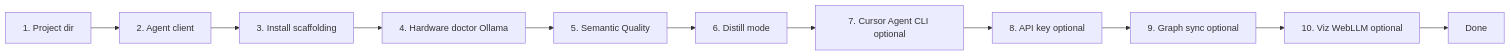
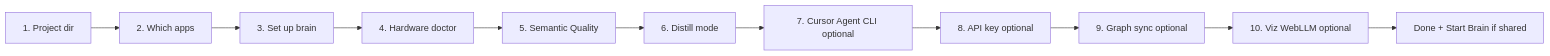
The first of 2 diagrams in docs/TUI_APP_PLAN.md (noyal1234/MemNetwork), drawn with Mermaid before and after one commit. The commit also changed other lines of this file and 62 other files, not shown here.

Commit message:
feat: shared agent brain, passive capture, hook updation, Lifecycle enhancement

````diff
--- a/docs/TUI_APP_PLAN.md
+++ b/docs/TUI_APP_PLAN.md
@@ -433,13 +433,13 @@
 ```mermaid
 flowchart LR
-    A["1. Project dir"] --> B["2. Agent client"]
-    B --> C["3. Install scaffolding"]
-    C --> D["4. Hardware doctor Ollama"]
+    A["1. Project dir"] --> B["2. Which apps"]
+    B --> C["3. Set up brain"]
+    C --> D["4. Hardware doctor"]
     D --> E["5. Semantic Quality"]
     E --> F["6. Distill mode"]
     F --> G["7. Cursor Agent CLI optional"]
     G --> H["8. API key optional"]
     H --> I["9. Graph sync optional"]
     I --> J["10. Viz WebLLM optional"]
-    J --> K["Done"]
+    J --> K["Done + Start Brain if shared"]
 ```
````
